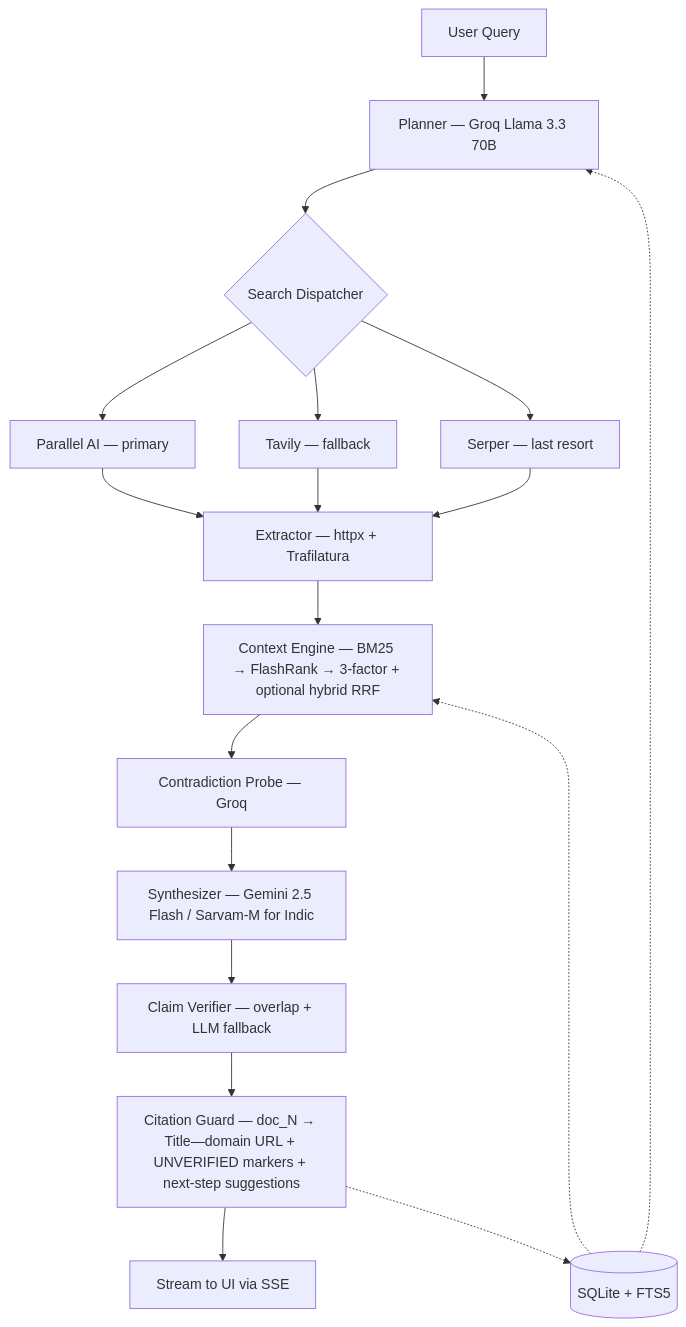
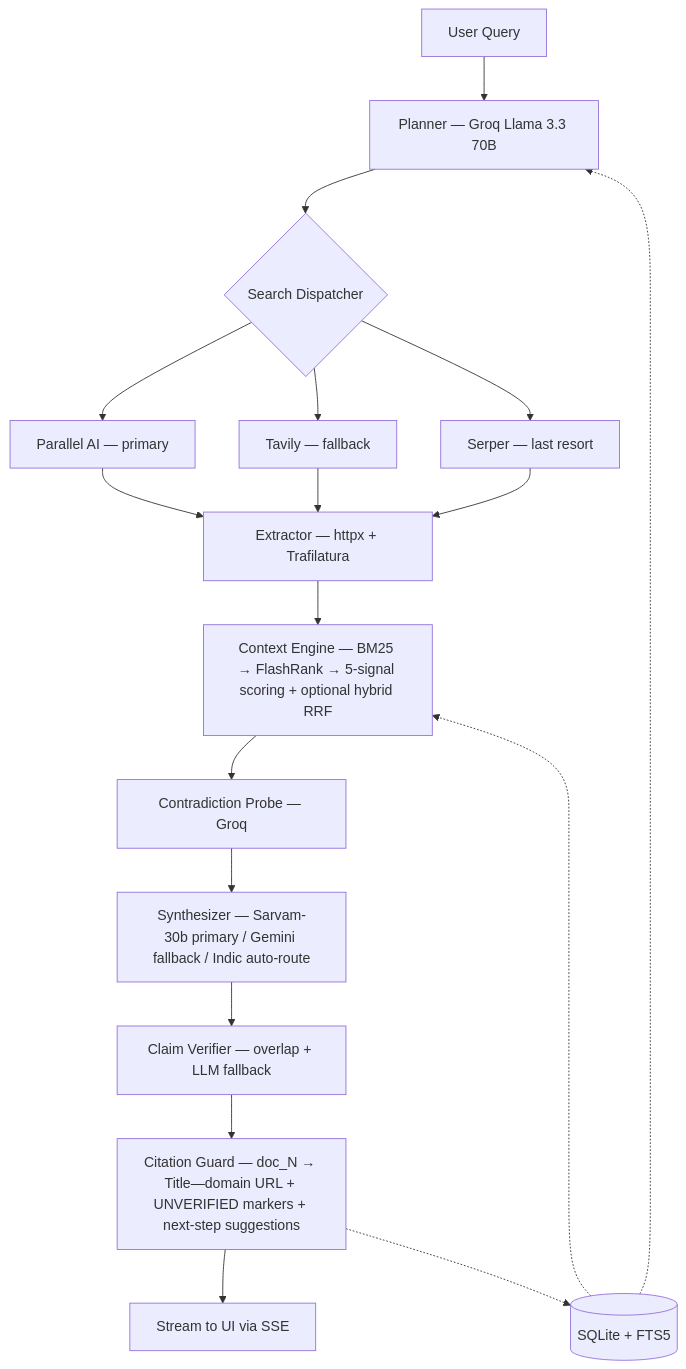
One commit to evenindividual04/sarvam-assignment changed the diagram in README.md. Above: the diagram before and after it, drawn with Mermaid. The commit also changed other lines of this file and 13 other files, not shown here.

````diff
--- a/README.md
+++ b/README.md
@@ -157,20 +153,20 @@
 ```mermaid
 flowchart TB
   Q[User Query] --> P[Planner — Groq Llama 3.3 70B]
   P --> S{Search Dispatcher}
   S --> PA[Parallel AI — primary]
   S --> TV[Tavily — fallback]
   S --> SE[Serper — last resort]
   PA --> F[Extractor — httpx + Trafilatura]
   TV --> F
   SE --> F
-  F --> CE[Context Engine — BM25 → FlashRank → 3-factor + optional hybrid RRF]
+  F --> CE[Context Engine — BM25 → FlashRank → 5-signal scoring + optional hybrid RRF]
   CE --> CG[Contradiction Probe — Groq]
-  CG --> SY[Synthesizer — Gemini 2.5 Flash / Sarvam-M for Indic]
+  CG --> SY[Synthesizer — Sarvam-30b primary / Gemini fallback / Indic auto-route]
   SY --> CV[Claim Verifier — overlap + LLM fallback]
   CV --> GD[Citation Guard — doc_N → Title—domain URL + UNVERIFIED markers + next-step suggestions]
   GD --> UI[Stream to UI via SSE]
   MEM[(SQLite + FTS5)] -.-> P
   MEM -.-> CE
   GD -.-> MEM
 ```
````
